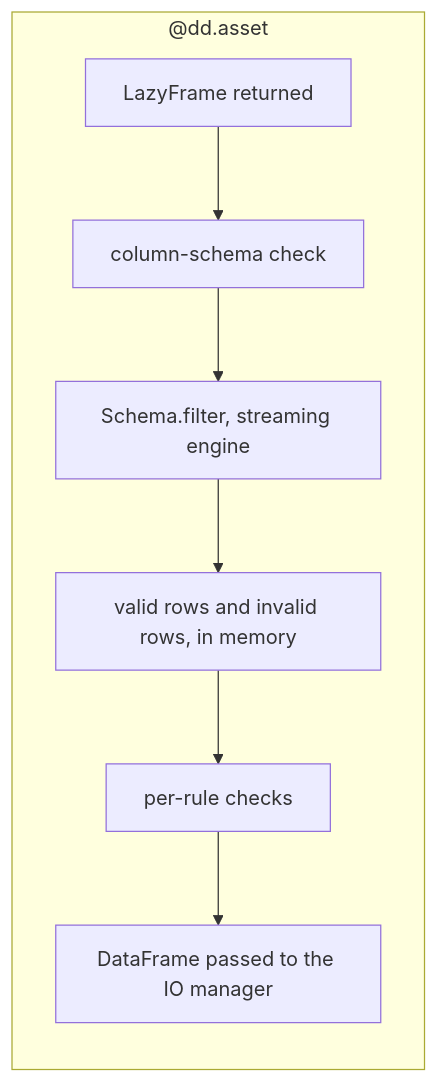
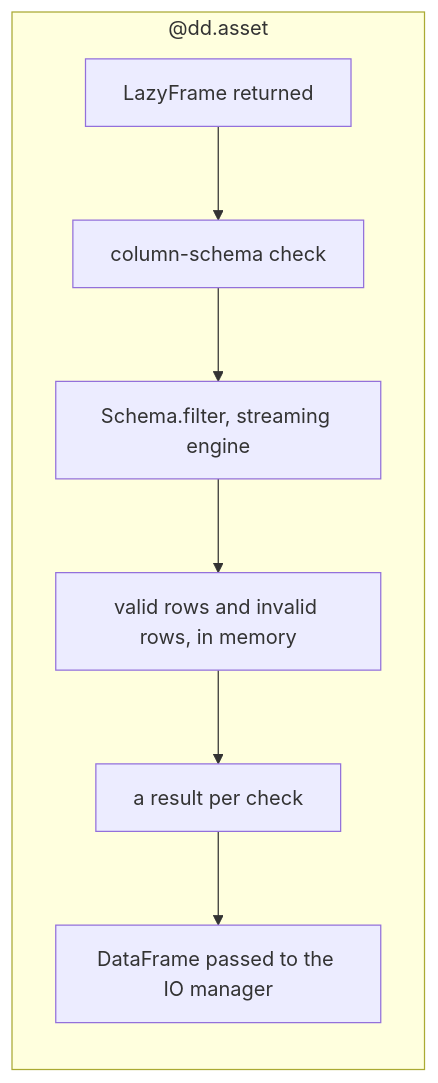
The diagram in user_guide/lazyframes.qmd (ozanozbeker/dagster-dataframely), drawn with Mermaid before and after one commit. The commit also changed other lines of this file and 31 other files, not shown here.

````diff
--- a/user_guide/lazyframes.qmd
+++ b/user_guide/lazyframes.qmd
@@ -23,12 +21,12 @@
 ```{mermaid}
 %%| label: lazyframes-diagram
 flowchart TB
     subgraph validated["@dd.asset"]
         direction TB
         V1["LazyFrame returned"] --> V2["column-schema check"]
         V2 --> V3["Schema.filter, streaming engine"]
         V3 --> V4["valid rows and invalid rows, in memory"]
-        V4 --> V5["per-rule checks"]
+        V4 --> V5["a result per check"]
         V5 --> V6["DataFrame passed to the IO manager"]
     end
 ```
````
